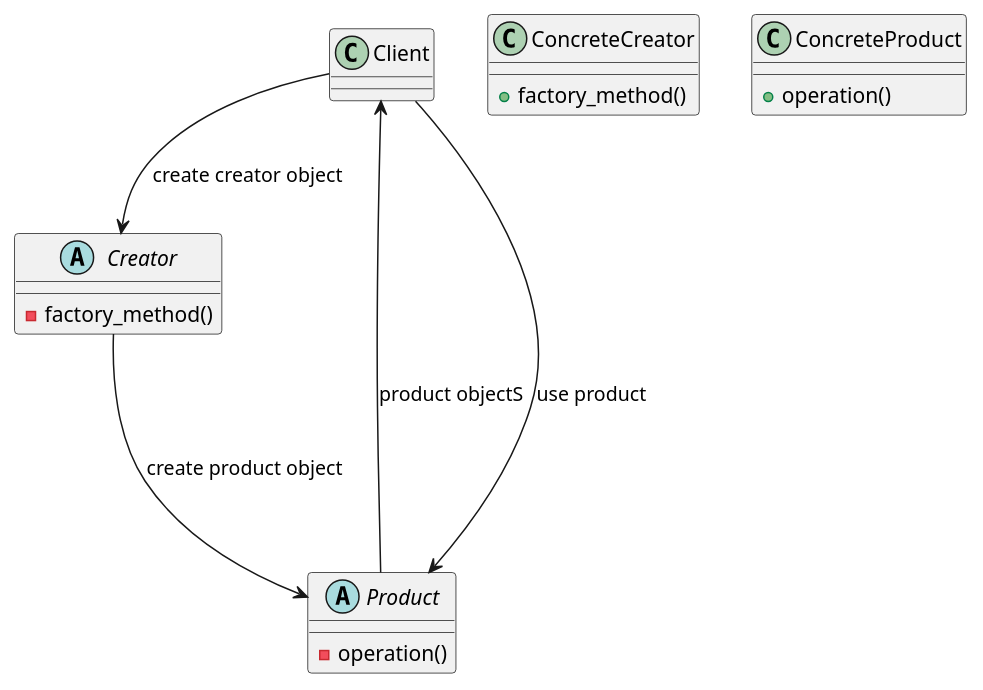
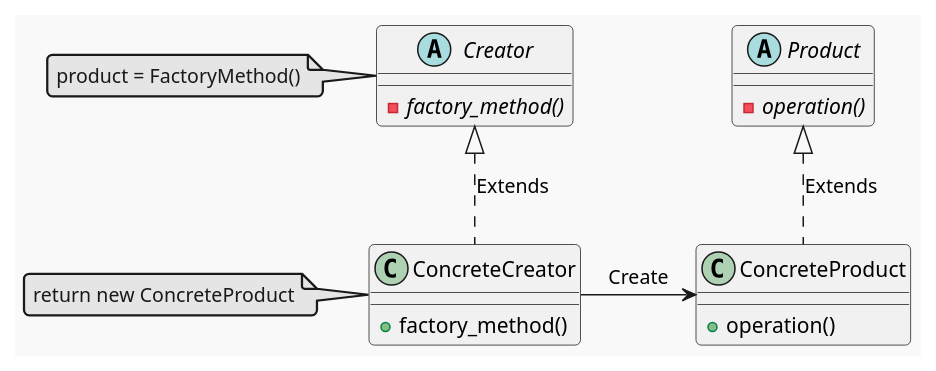
One commit to labsoftdev/DesignPatterns changed the diagram in CreationalPatterns/FactoryMethod/factory_method.md. Above: the diagram before and after it, drawn with PlantUML. The commit also changed other lines of this file, not shown here.

Commit message:
UmlDiags Fixed FM diagram

````diff
--- a/CreationalPatterns/FactoryMethod/factory_method.md
+++ b/CreationalPatterns/FactoryMethod/factory_method.md
@@ -26,23 +20,29 @@
-@startuml 
-
-abstract class Creator {
-  - factory_method()
+```plantuml
+@startuml factory_method
+!theme mars
+abstract class  Creator {
+    {abstract} -factory_method()
 }
 
+
 abstract class Product {
-  - operation()
+    {abstract} -operation()
+}
+
+class ConcreteProduct {
+    +operation()
 }
 
 class ConcreteCreator {
-  + factory_method()
+    +factory_method()
 }
 
-class ConcreteProduct {
-  + operation()
-}
+Creator <|.. ConcreteCreator : Extends
+Product <|.. ConcreteProduct : Extends
+ConcreteCreator -> ConcreteProduct : Create 
+note left of ConcreteCreator : return new ConcreteProduct
+note left of Creator : product = FactoryMethod()
 
-Client -down-> Creator: create creator object
-Creator ---> Product: create product object
-Client <-- Product: product objectS
-Client --> Product: use product
+
 @enduml
+```
````
